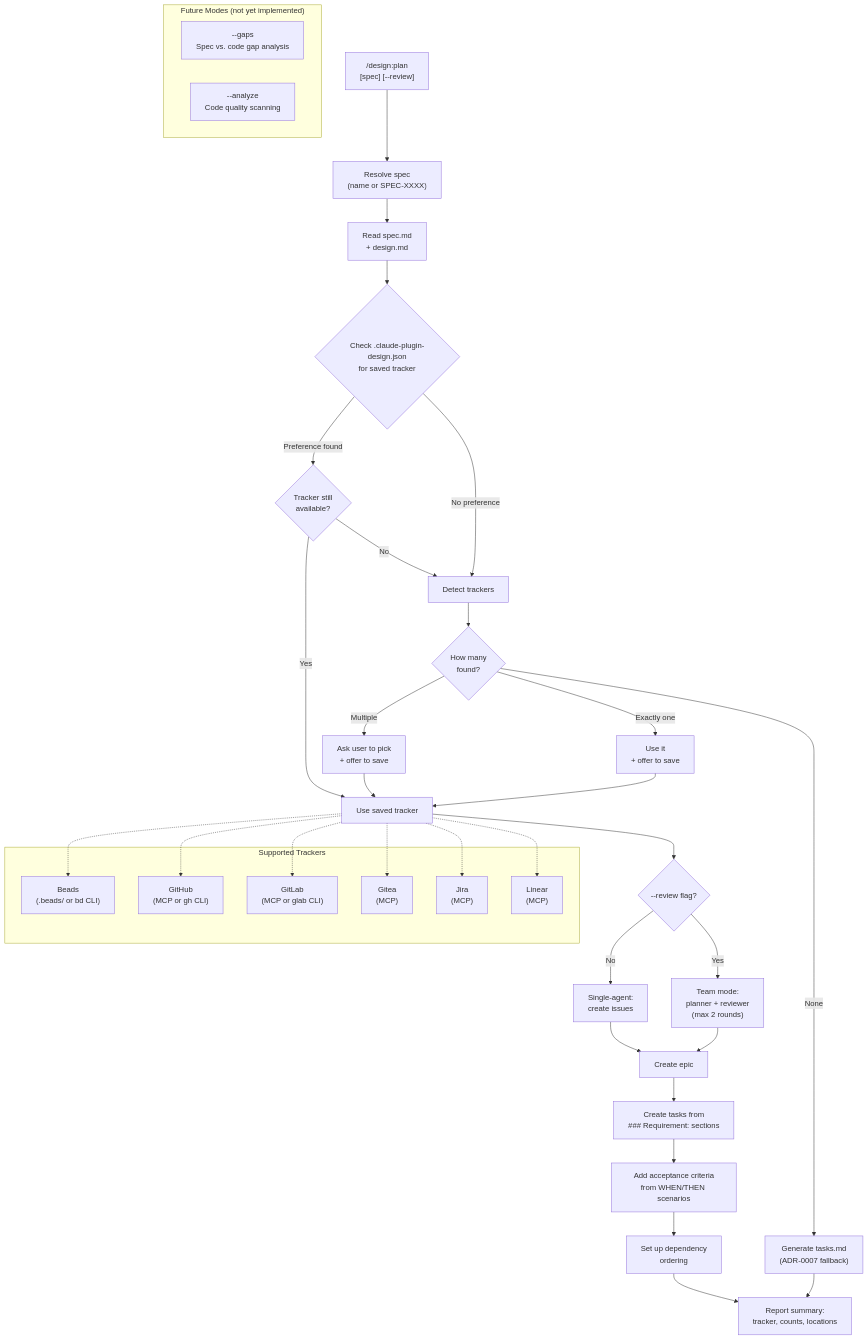
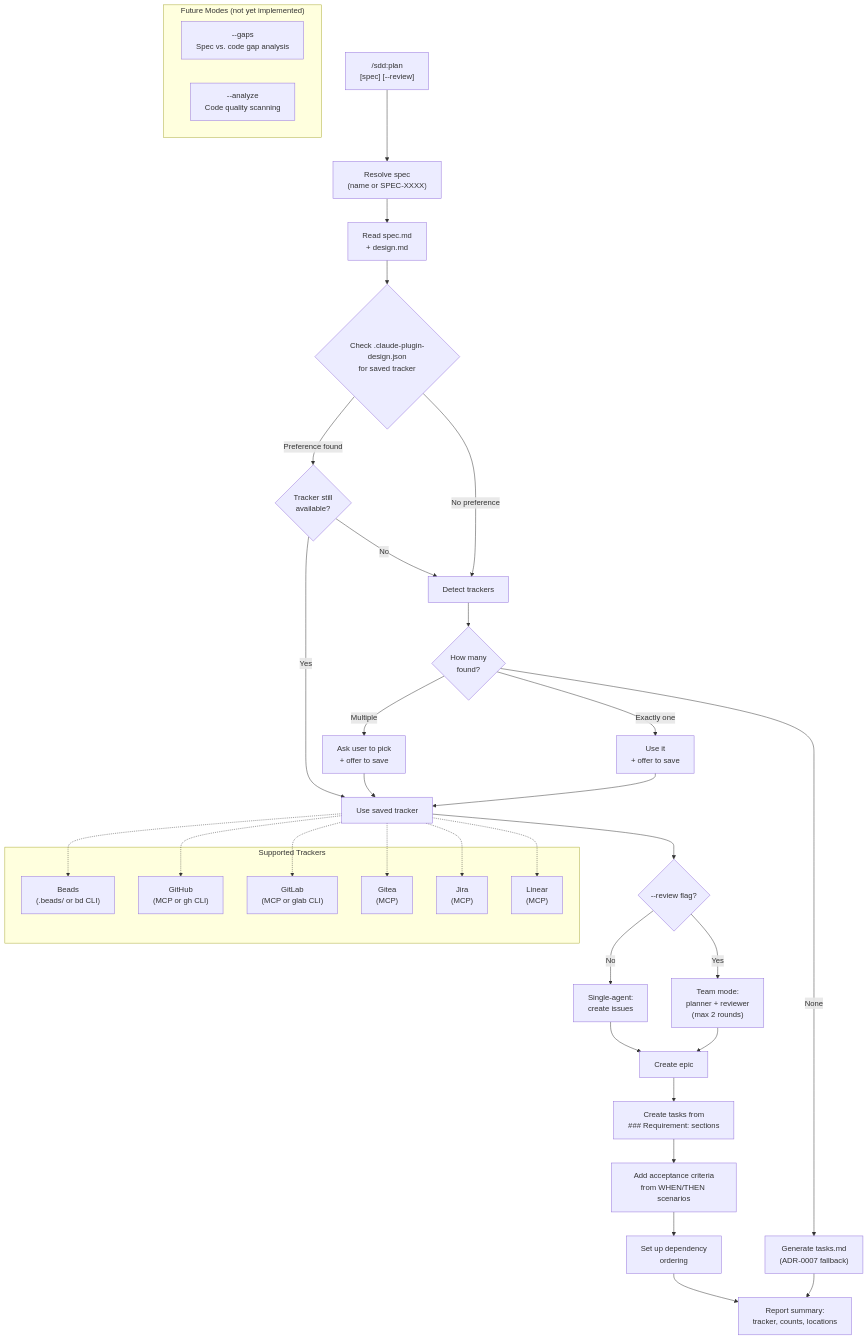
Before and after one commit to joestump/claude-plugin-design: the diagram in docs/adrs/ADR-0008-standalone-sprint-planning-skill.md, drawn with Mermaid. The commit also changed other lines of this file and 106 other files, not shown here.

First line of the commit message:
Rename plugin: design → sdd (Spec-Driven Development) (#75)

````diff
--- a/docs/adrs/ADR-0008-standalone-sprint-planning-skill.md
+++ b/docs/adrs/ADR-0008-standalone-sprint-planning-skill.md
@@ -110,56 +110,56 @@
 ```mermaid
 flowchart TD
-    A["/design:plan\n[spec] [--review]"] --> B["Resolve spec\n(name or SPEC-XXXX)"]
+    A["/sdd:plan\n[spec] [--review]"] --> B["Resolve spec\n(name or SPEC-XXXX)"]
     B --> C["Read spec.md\n+ design.md"]
     C --> D{"Check .claude-plugin-design.json\nfor saved tracker"}
 
     D -->|"Preference found"| E{"Tracker still\navailable?"}
     E -->|Yes| H["Use saved tracker"]
     E -->|No| F["Warn user,\nfall through to detection"]
 
     D -->|"No preference"| F["Detect trackers"]
     F --> G{"How many\nfound?"}
 
     G -->|"Multiple"| I["Ask user to pick\n+ offer to save"]
     G -->|"Exactly one"| J["Use it\n+ offer to save"]
     G -->|"None"| K["Generate tasks.md\n(ADR-0007 fallback)"]
 
     I --> H
     J --> H
 
     H --> L{"--review flag?"}
 
     L -->|No| M["Single-agent:\ncreate issues"]
     L -->|Yes| N["Team mode:\nplanner + reviewer\n(max 2 rounds)"]
 
     M --> O["Create epic"]
     N --> O
 
     O --> P["Create tasks from\n### Requirement: sections"]
     P --> Q["Add acceptance criteria\nfrom WHEN/THEN scenarios"]
     Q --> R["Set up dependency\nordering"]
     R --> S["Report summary:\ntracker, counts, locations"]
 
     K --> S
 
     subgraph "Supported Trackers"
         T1["Beads\n(.beads/ or bd CLI)"]
         T2["GitHub\n(MCP or gh CLI)"]
         T3["GitLab\n(MCP or glab CLI)"]
         T4["Gitea\n(MCP)"]
         T5["Jira\n(MCP)"]
         T6["Linear\n(MCP)"]
     end
 
     H -.-> T1
     H -.-> T2
     H -.-> T3
     H -.-> T4
     H -.-> T5
     H -.-> T6
 
     subgraph "Future Modes (not yet implemented)"
         FM1["--gaps\nSpec vs. code gap analysis"]
         FM2["--analyze\nCode quality scanning"]
     end
 ```
````
